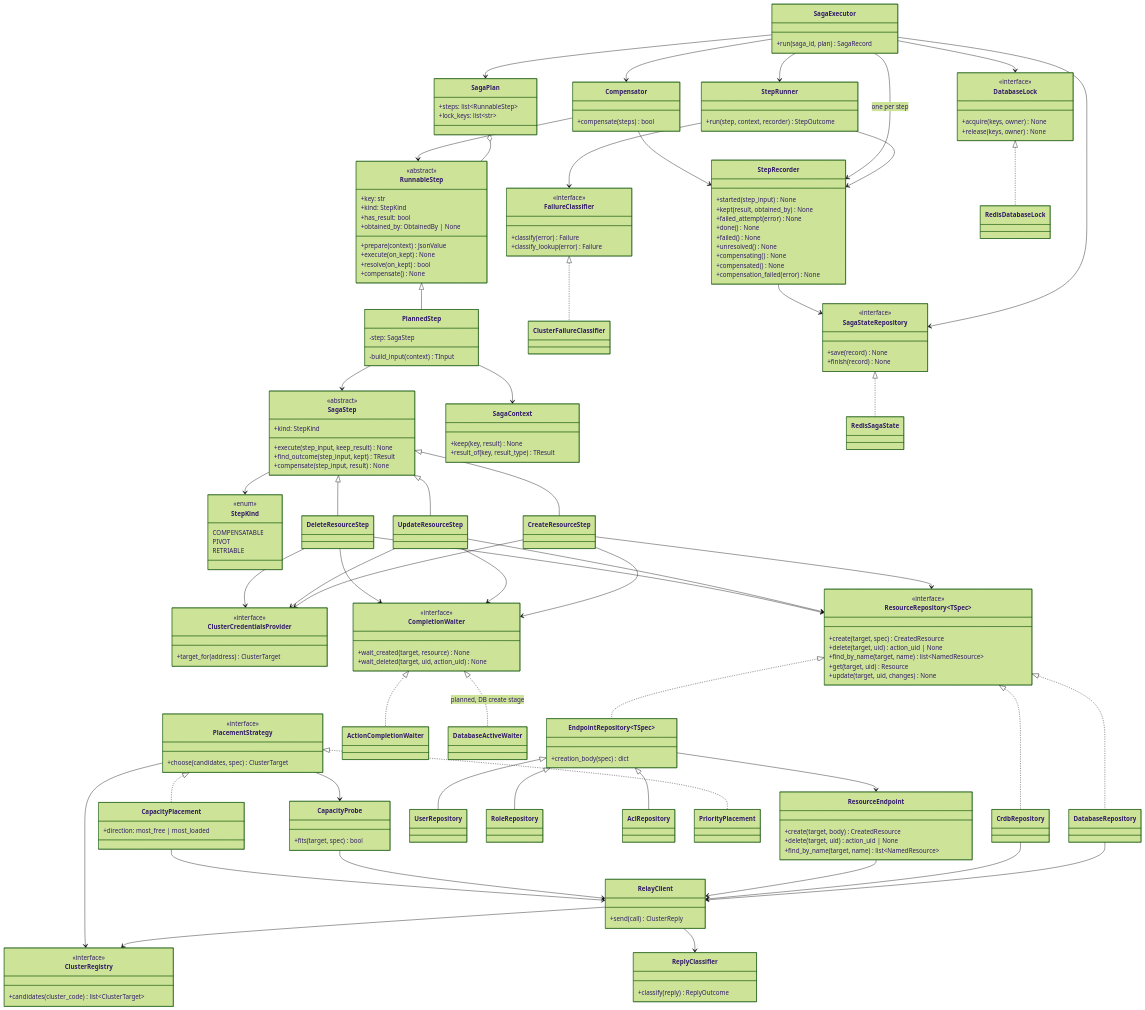
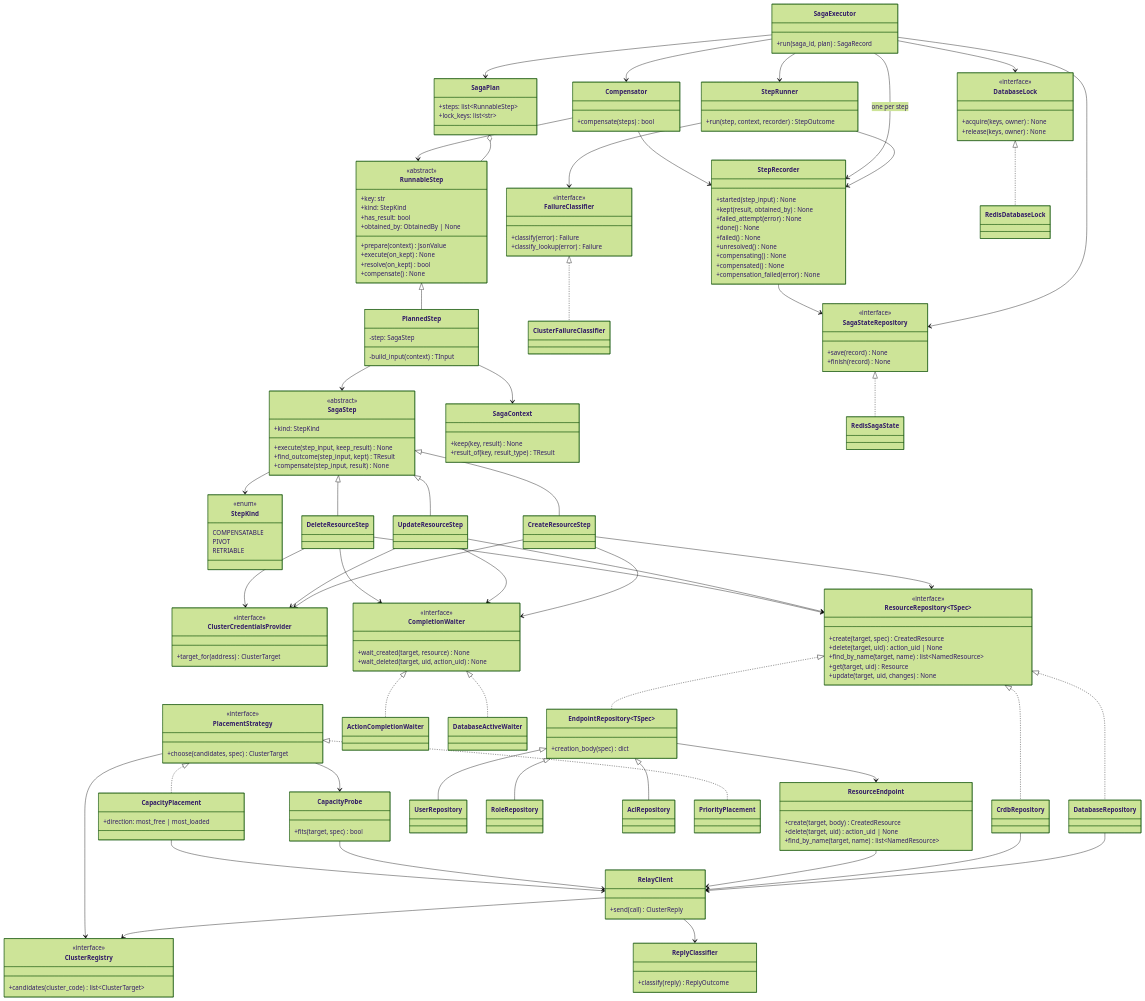
One commit to EliShteinman/redis-enterprise-services changed the second of 2 diagrams in docs/design/saga.md. Above: the diagram before and after it, drawn with Mermaid (forest theme). The commit also changed other lines of this file and 15 other files, not shown here.

Commit message:
feat(databases): create, delete and find a database through the shared create step; default_user gets the Secret password; databases sit with the other resource repositories

```diff
--- a/docs/design/saga.md
+++ b/docs/design/saga.md
@@ -829,7 +830,7 @@
     UpdateResourceStep --> CompletionWaiter
     DeleteResourceStep --> CompletionWaiter
     CompletionWaiter <|.. ActionCompletionWaiter
-    CompletionWaiter <|.. DatabaseActiveWaiter : planned, DB create stage
+    CompletionWaiter <|.. DatabaseActiveWaiter
     ResourceRepository <|.. DatabaseRepository
     ResourceRepository <|.. CrdbRepository
     ResourceRepository <|.. EndpointRepository
```
